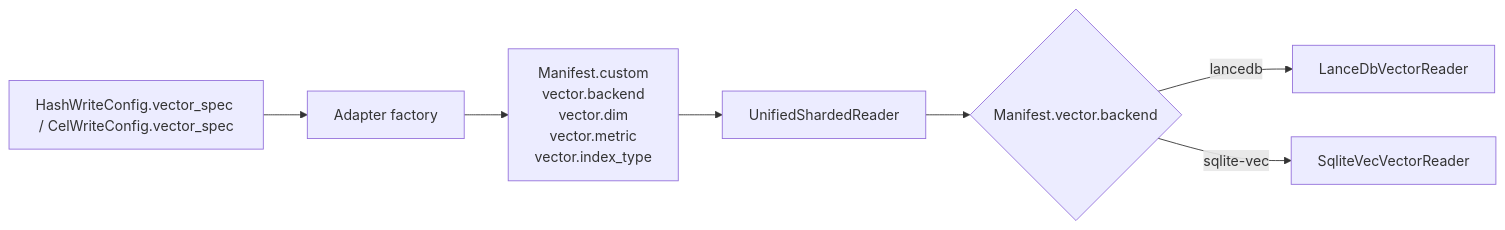
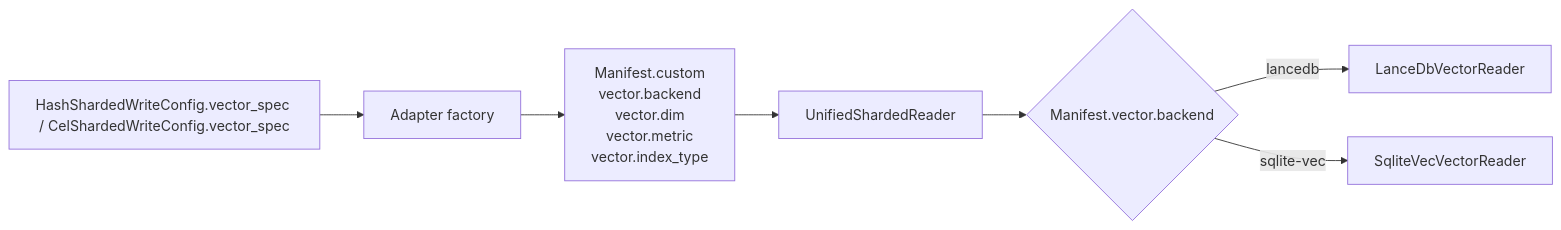
Before and after one commit to elkin/shardyfusion: the third of 3 diagrams in docs/use-cases/kv-vector/overview.md, drawn with Mermaid. The commit also changed other lines of this file and 27 other files, not shown here.

````diff
--- a/docs/use-cases/kv-vector/overview.md
+++ b/docs/use-cases/kv-vector/overview.md
@@ -63,9 +63,9 @@
 ```mermaid
 flowchart LR
-    A[HashWriteConfig.vector_spec / CelWriteConfig.vector_spec] --> B[Adapter factory]
+    A[HashShardedWriteConfig.vector_spec / CelShardedWriteConfig.vector_spec] --> B[Adapter factory]
     B --> C[Manifest.custom<br/>vector.backend<br/>vector.dim<br/>vector.metric<br/>vector.index_type]
     C --> D[UnifiedShardedReader]
     D --> E{Manifest.vector.backend}
     E -->|lancedb| F[LanceDbVectorReader]
     E -->|sqlite-vec| G[SqliteVecVectorReader]
 ```
````
